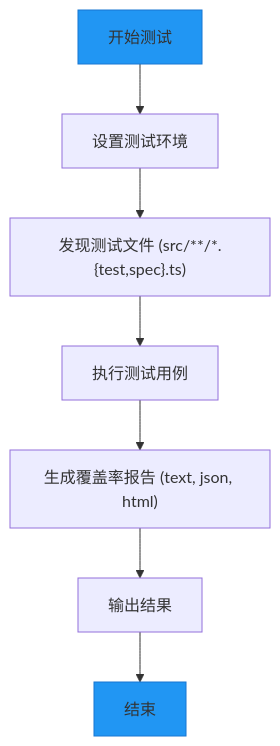
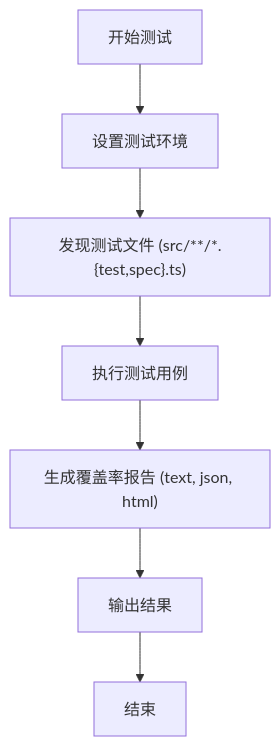
The fourth of 5 diagrams in .qoder/repowiki/zh/content/部署/CI_CD 流程.md (xixixiaoyu/vue3-nest-template), drawn with Mermaid before and after one commit. The commit also changed other lines of this file and 1 other file, not shown here.

````diff
--- a/.qoder/repowiki/zh/content/部署/CI_CD 流程.md
+++ b/.qoder/repowiki/zh/content/部署/CI_CD 流程.md
@@ -141,11 +148,9 @@
 ```mermaid
 flowchart TD
 Start["开始测试"] --> Setup["设置测试环境"]
 Setup --> Discover["发现测试文件 (src/**/*.{test,spec}.ts)"]
 Discover --> Execute["执行测试用例"]
 Execute --> Coverage["生成覆盖率报告 (text, json, html)"]
 Coverage --> Report["输出结果"]
 Report --> End["结束"]
-style Start fill:#2196F3,stroke:#1976D2
-style End fill:#2196F3,stroke:#1976D2
 ```
````
